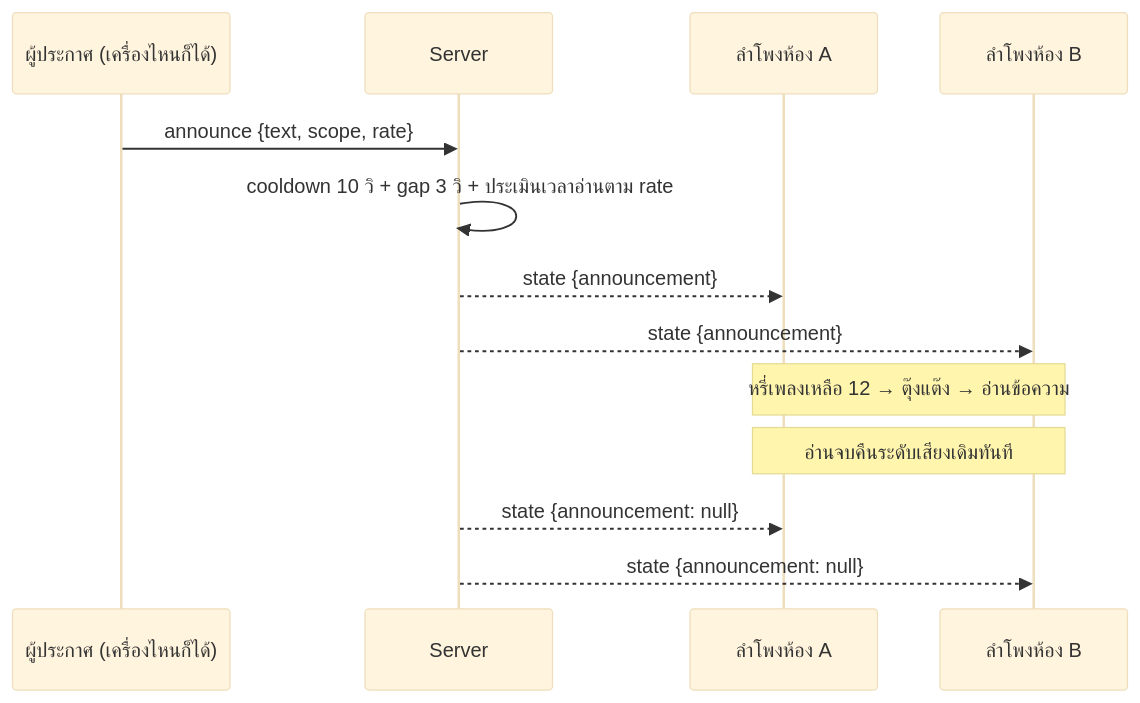
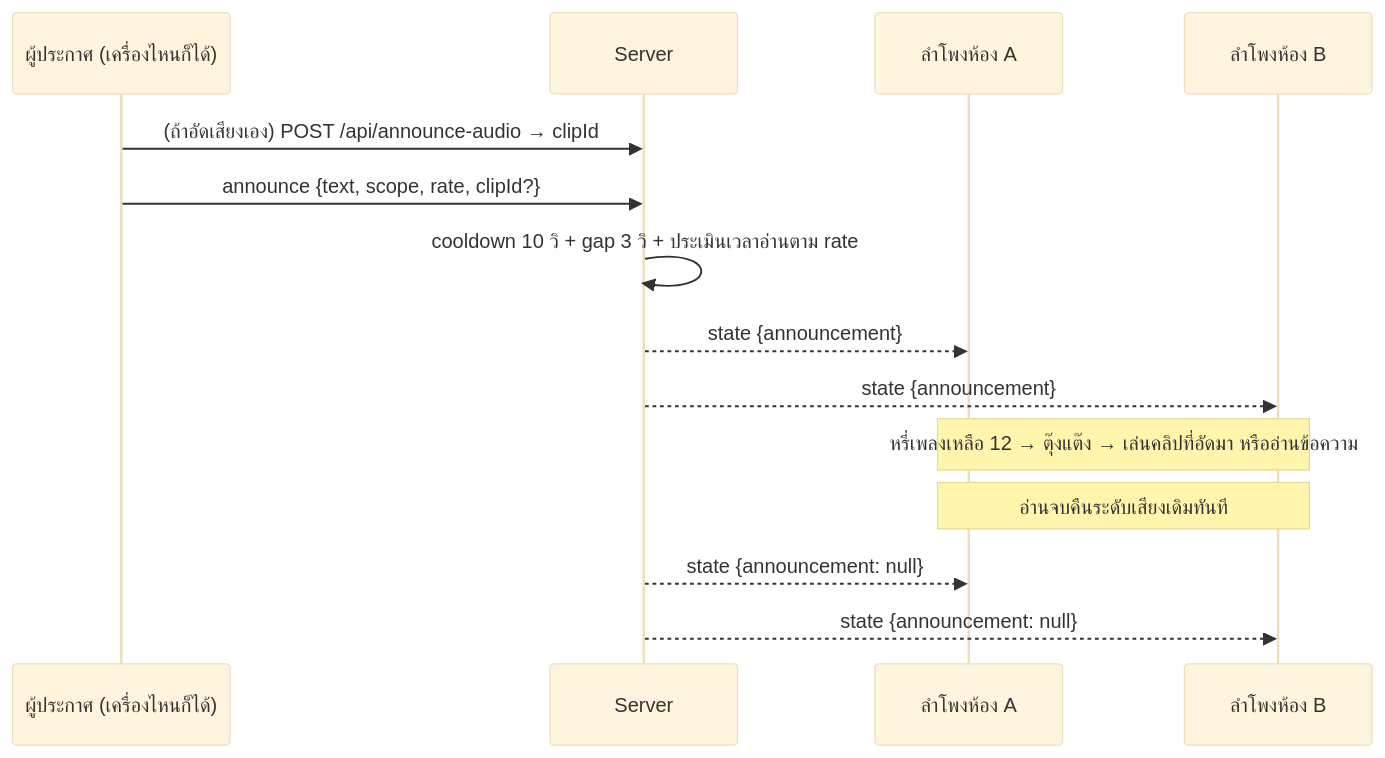
The second of 2 diagrams in README.md (watggwp/Music-Hub), drawn with Mermaid (base theme) before and after one commit. The commit also changed other lines of this file and 4 other files, not shown here.

````diff
--- a/README.md
+++ b/README.md
@@ -127,16 +129,17 @@
 ```mermaid
 sequenceDiagram
     participant P as ผู้ประกาศ (เครื่องไหนก็ได้)
     participant S as Server
     participant H1 as ลำโพงห้อง A
     participant H2 as ลำโพงห้อง B
 
-    P->>S: announce {text, scope, rate}
+    P->>S: (ถ้าอัดเสียงเอง) POST /api/announce-audio → clipId
+    P->>S: announce {text, scope, rate, clipId?}
     S->>S: cooldown 10 วิ + gap 3 วิ + ประเมินเวลาอ่านตาม rate
     S-->>H1: state {announcement}
     S-->>H2: state {announcement}
-    Note over H1,H2: หรี่เพลงเหลือ 12 → ตุ๊งแต๊ง → อ่านข้อความ
+    Note over H1,H2: หรี่เพลงเหลือ 12 → ตุ๊งแต๊ง → เล่นคลิปที่อัดมา หรืออ่านข้อความ
     Note over H1,H2: อ่านจบคืนระดับเสียงเดิมทันที
     S-->>H1: state {announcement: null}
     S-->>H2: state {announcement: null}
 ```
````
